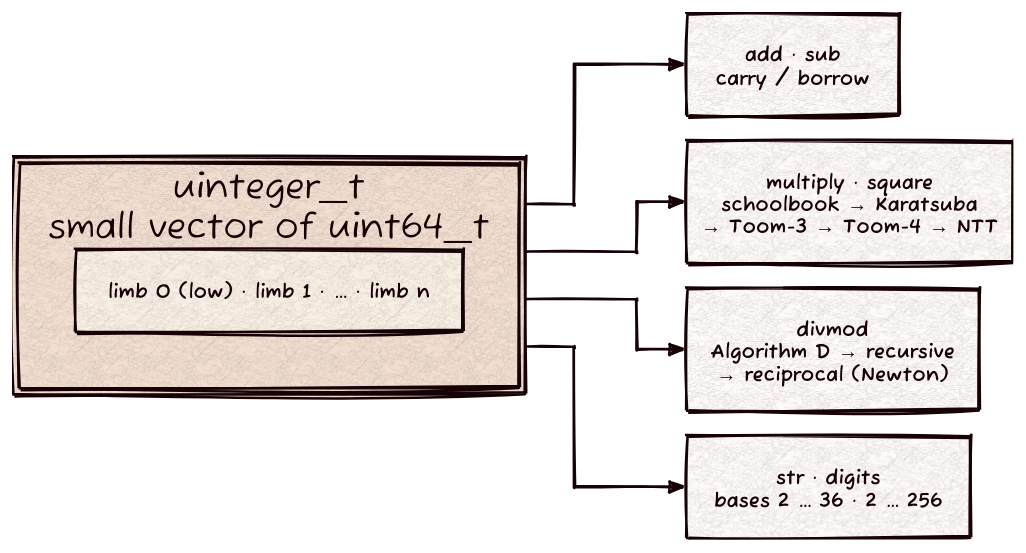
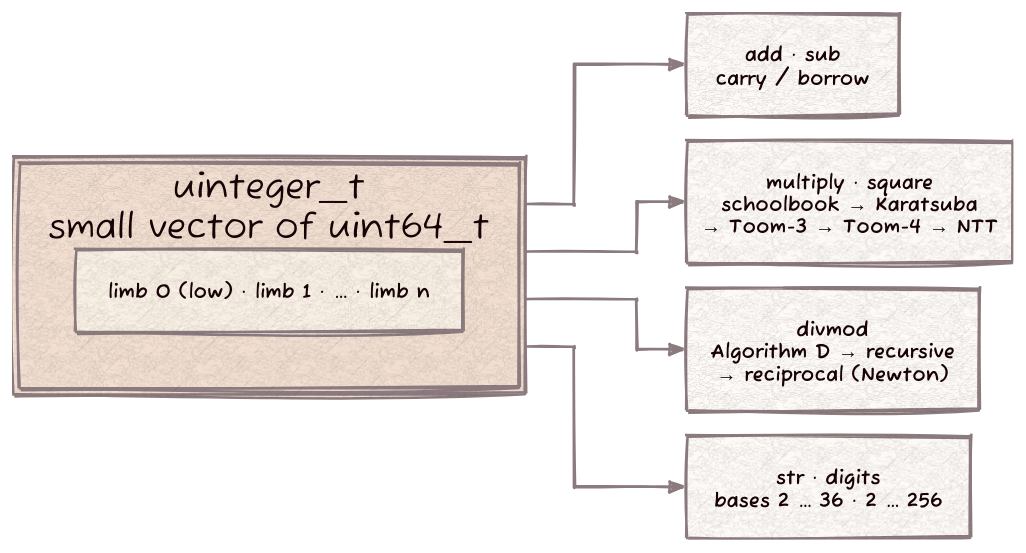
The diagram in docs/uinteger_t.d2 (Kronuz/uinteger_t), drawn with D2 before and after one commit. The commit also changed 1 other file, not shown here.

Commit message:
Render the diagrams for light and dark pages
A transparent background with mid-tone lines and edge labels, so each
image reads on GitHub's light and dark themes.

[skip ci]

```diff
--- a/docs/uinteger_t.d2
+++ b/docs/uinteger_t.d2
@@ -1,27 +1,29 @@
 # uinteger_t: little-endian 64-bit limbs, and the algorithm each size gets.
 # Render: ~/.agents/skills/d2-diagrams/scripts/render.sh docs/uinteger_t.d2
-vars: { d2-config: { layout-engine: elk; theme-id: 302; sketch: true; pad: 24 } }
+vars: { d2-config: { layout-engine: elk; theme-id: 302; sketch: true; pad: 24; theme-overrides: { B1: "#8C7B7E"; B2: "#C25B73"; N2: "#C25B73" } } }
+style.fill: transparent
+
 direction: right
 
 value: uinteger_t {
   limbs: "limb 0 (low) · limb 1 · … · limb n"
   label: "uinteger_t\nsmall vector of uint64_t"
 }
 
 add: "+ −" {
   label: "add · sub\ncarry / borrow"
 }
 mul: "×" {
   label: "multiply · square\nschoolbook → Karatsuba\n→ Toom-3 → Toom-4 → NTT"
 }
 div: "÷ %" {
   label: "divmod\nAlgorithm D → recursive\n→ reciprocal (Newton)"
 }
 text: strings {
   label: "str · digits\nbases 2 … 36 · 2 … 256"
 }
 
 value -> add
 value -> mul
 value -> div
 value -> text
```
